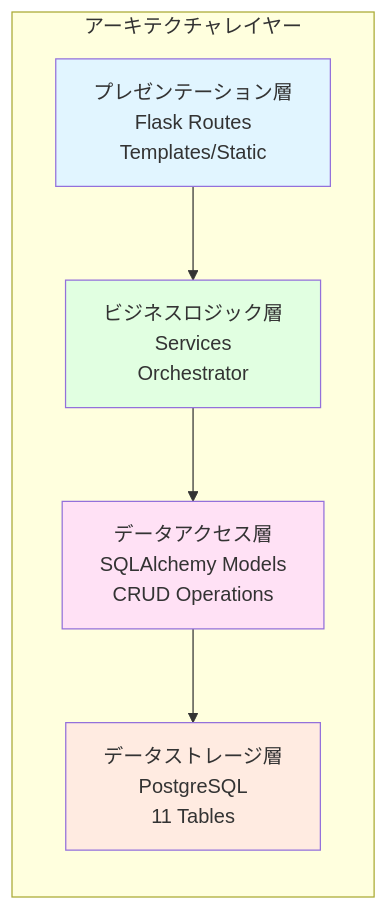
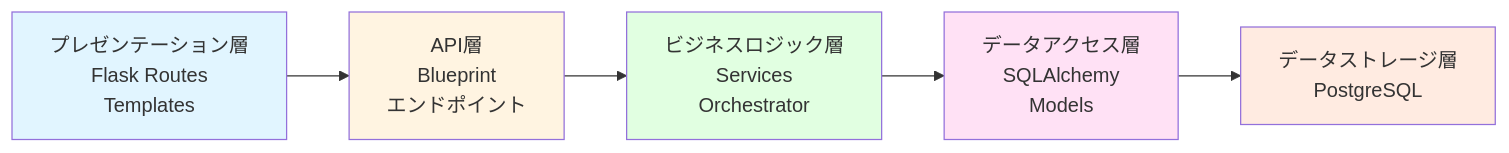
The third of 3 diagrams in docs/architecture/architecture_overview.md (TIMMY-WEST/STOCK-INVESTMENT-ANALYZER), drawn with Mermaid before and after one commit. The commit also changed other lines of this file, not shown here.

Commit message:
fix architecture doc

````diff
--- a/docs/architecture/architecture_overview.md
+++ b/docs/architecture/architecture_overview.md
@@ -157,18 +164,16 @@
 ```mermaid
 graph LR
-    subgraph "アーキテクチャレイヤー"
-        A[プレゼンテーション層<br/>Flask Routes<br/>Templates/Static]
-        B[ビジネスロジック層<br/>Services<br/>Orchestrator]
-        C[データアクセス層<br/>SQLAlchemy Models<br/>CRUD Operations]
-        D[データストレージ層<br/>PostgreSQL<br/>11 Tables]
-    end
+    A[プレゼンテーション層<br/>Flask Routes<br/>Templates]
+    B[API層<br/>Blueprint<br/>エンドポイント]
+    C[ビジネスロジック層<br/>Services<br/>Orchestrator]
+    D[データアクセス層<br/>SQLAlchemy<br/>Models]
+    E[データストレージ層<br/>PostgreSQL]
 
-    A --> B
-    B --> C
-    C --> D
+    A --> B --> C --> D --> E
 
     style A fill:#e1f5ff
-    style B fill:#e1ffe1
-    style C fill:#ffe1f5
-    style D fill:#ffebe1
+    style B fill:#fff4e1
+    style C fill:#e1ffe1
+    style D fill:#ffe1f5
+    style E fill:#ffebe1
 ```
````
